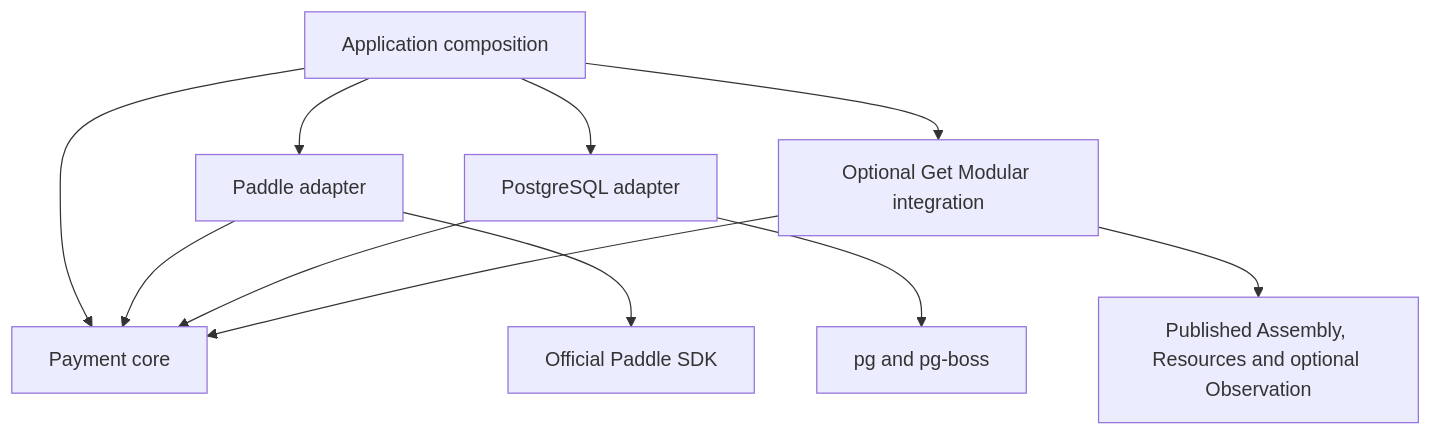
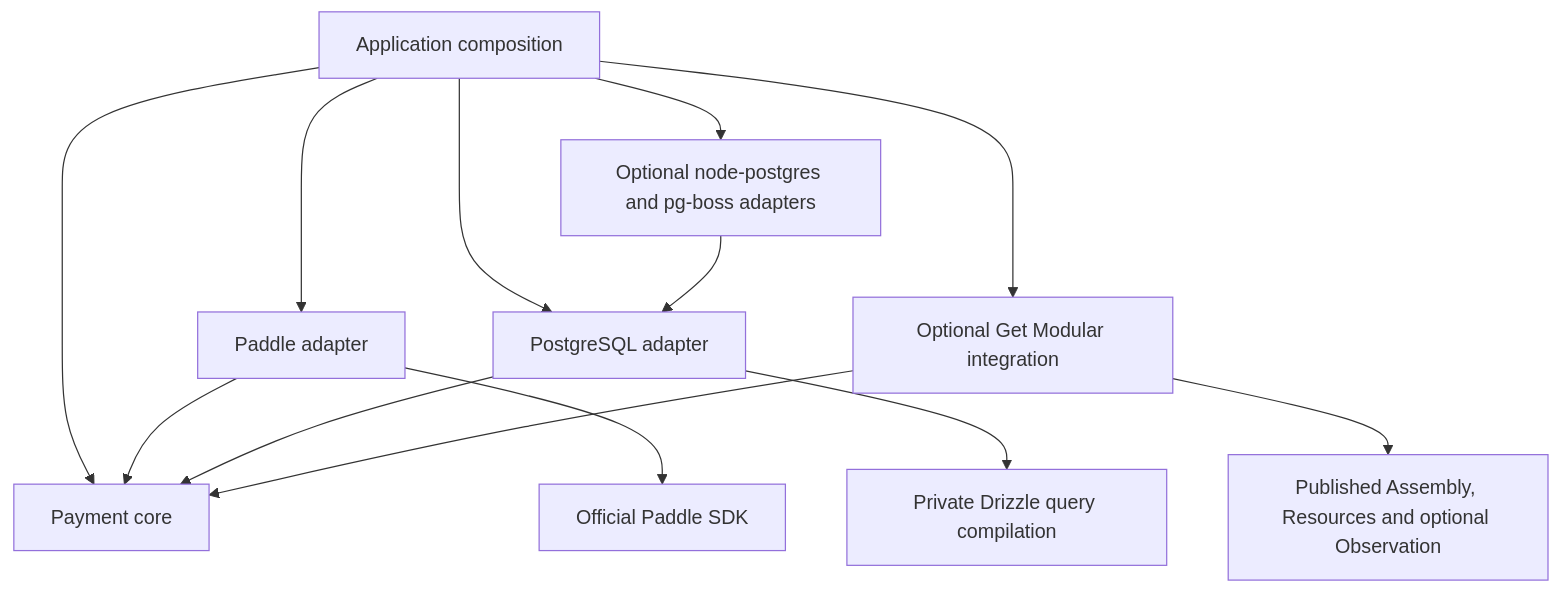
The diagram in docs/architecture.md (agent-teams-ai/payments-sdk), drawn with Mermaid before and after one commit. The commit also changed other lines of this file and 3 other files, not shown here.

````diff
--- a/docs/architecture.md
+++ b/docs/architecture.md
@@ -7,13 +7,15 @@
 ```mermaid
 flowchart TD
   Host["Application composition"] --> Core["Payment core"]
   Host --> Paddle["Paddle adapter"]
   Host --> SQL["PostgreSQL adapter"]
   Host --> GM["Optional Get Modular integration"]
   Paddle --> Core
   SQL --> Core
   GM --> Core
   Paddle --> SDK["Official Paddle SDK"]
-  SQL --> PG["pg and pg-boss"]
+  SQL --> Drizzle["Private Drizzle query compilation"]
+  Host --> Drivers["Optional node-postgres and pg-boss adapters"]
+  Drivers --> SQL
   GM --> Modular["Published Assembly, Resources and optional Observation"]
 ```
````
